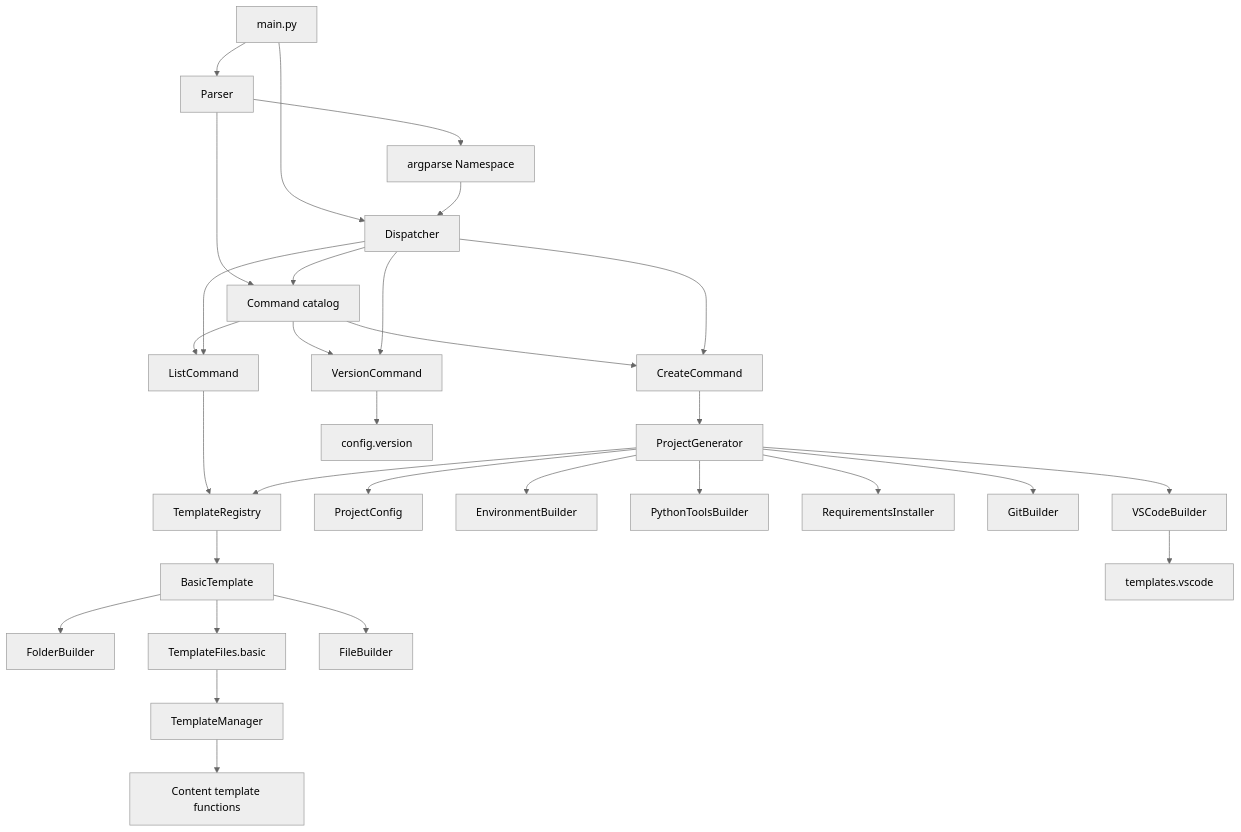
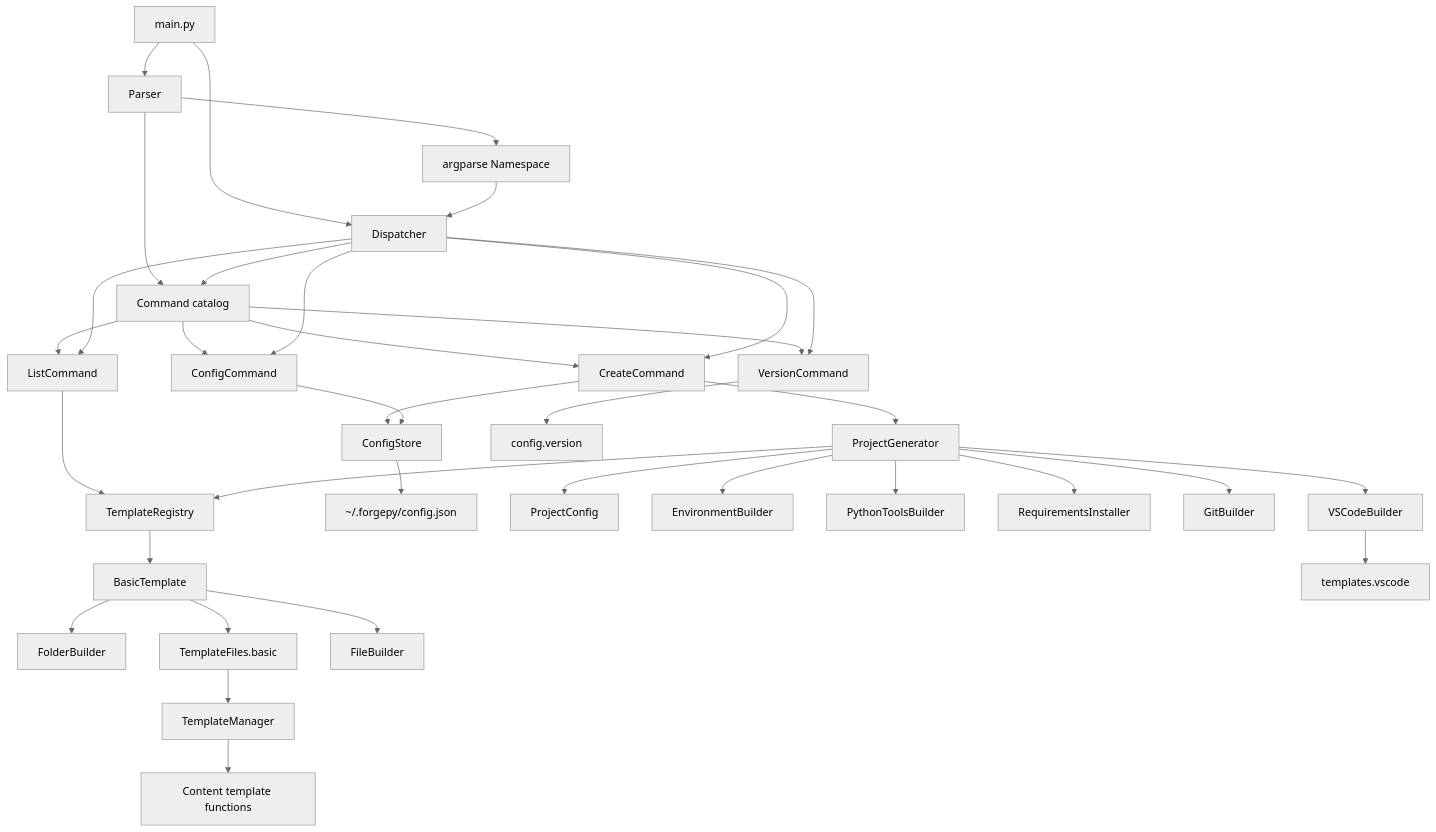
One commit to rendyzou89/ForgePy changed the second of 4 diagrams in ARCHITECTURE.md. Above: the diagram before and after it, drawn with Mermaid (neutral theme). The commit also changed other lines of this file and 14 other files, not shown here.

Commit message:
feat(config): add persistent user configuration

````diff
--- a/ARCHITECTURE.md
+++ b/ARCHITECTURE.md
@@ -63,37 +99,42 @@
 ```mermaid
 flowchart TD
     Main[main.py] --> Parser[Parser]
     Main --> Dispatcher[Dispatcher]
     Parser --> Namespace[argparse Namespace]
     Namespace --> Dispatcher
 
     Parser --> Catalog[Command catalog]
     Dispatcher --> Catalog
     Catalog --> Create[CreateCommand]
     Catalog --> List[ListCommand]
     Catalog --> Version[VersionCommand]
+    Catalog --> Config[ConfigCommand]
 
     Dispatcher --> Create
     Dispatcher --> List
     Dispatcher --> Version
+    Dispatcher --> Config
 
+    Create --> UserConfig
     Create --> Generator[ProjectGenerator]
     List --> Registry[TemplateRegistry]
     Version --> VersionConfig[config.version]
+    Config --> UserConfig[ConfigStore]
+    UserConfig --> ConfigFile[~/.forgepy/config.json]
 
     Generator --> ProjectConfig[ProjectConfig]
     Generator --> Registry
     Registry --> Basic[BasicTemplate]
     Basic --> FolderBuilder[FolderBuilder]
     Basic --> TemplateFiles[TemplateFiles.basic]
     TemplateFiles --> TemplateManager[TemplateManager]
     TemplateManager --> Content[Content template functions]
     Basic --> FileBuilder[FileBuilder]
 
     Generator --> Environment[EnvironmentBuilder]
     Generator --> PythonTools[PythonToolsBuilder]
     Generator --> Requirements[RequirementsInstaller]
     Generator --> Git[GitBuilder]
     Generator --> VSCode[VSCodeBuilder]
     VSCode --> VSCodeTemplates[templates.vscode]
 ```
````
